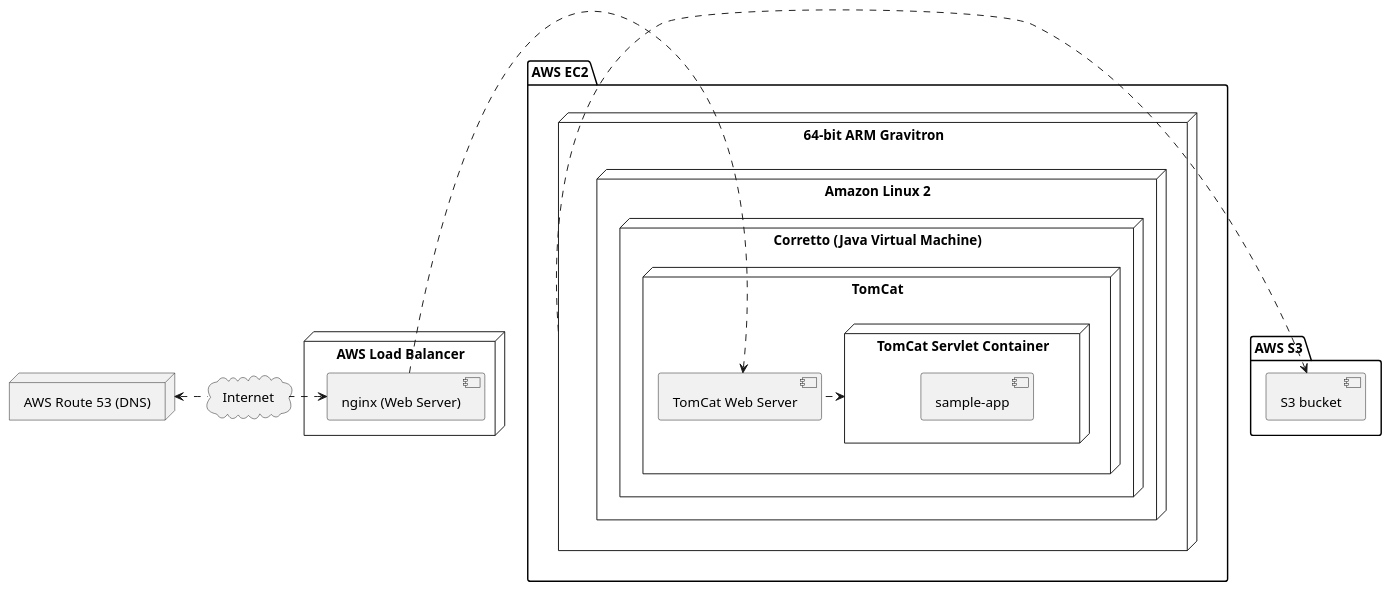
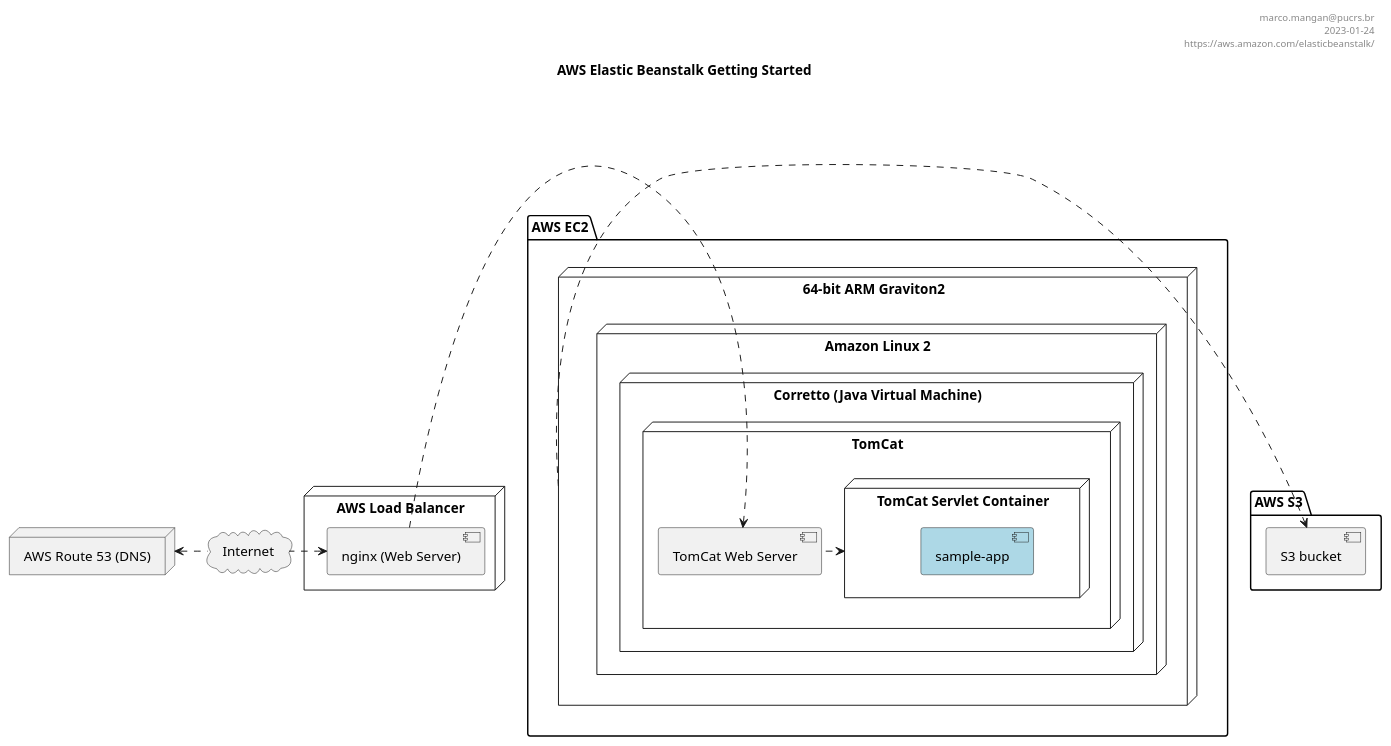
One commit to masmangan/scaling-octo-bassoon changed the diagram in aws-beanstalk-walkthrough/aws-gs-step1.puml. Above: the diagram before and after it, drawn with PlantUML.

```diff
--- a/aws-beanstalk-walkthrough/aws-gs-step1.puml
+++ b/aws-beanstalk-walkthrough/aws-gs-step1.puml
@@ -1,37 +1,46 @@
 @startuml
+
+header
+ marco.mangan@pucrs.br
+ 2023-01-24
+ https://aws.amazon.com/elasticbeanstalk/
+end header
+
+title AWS Elastic Beanstalk Getting Started
+
 package "AWS S3" {
   [S3 bucket] as Bucket
 }
+
 cloud "Internet" as Internet
 
 node "AWS Route 53 (DNS)" as DNS
 
 DNS <. Internet
 
 node "AWS Load Balancer" {
-   component [nginx (Web Server)] as EngineX
+  component [nginx (Web Server)] as EngineX
 }
 
 EngineX <. Internet
 
 package "AWS EC2" {
-node "64-bit ARM Gravitron" as Box{
-node "Amazon Linux 2" {
-  node "Corretto (Java Virtual Machine)" {
-    node "TomCat" {
-      [TomCat Web Server] as TomWeb
-      node "TomCat Servlet Container" as TomServlet {
-        component "sample-app" as App
-      }
+  node "64-bit ARM Graviton2" as Box {
+    node "Amazon Linux 2" {
+      node "Corretto (Java Virtual Machine)" {
+        node "TomCat" {
+          [TomCat Web Server] as TomWeb
+          node "TomCat Servlet Container" as TomServlet {
+            component "sample-app" as App #LightBlue
+          }
+        }
     }
   }
 }
-}
+
 EngineX .> TomWeb
 TomServlet <. TomWeb
-
-
 
 Box .> Bucket
 
 @enduml
```
